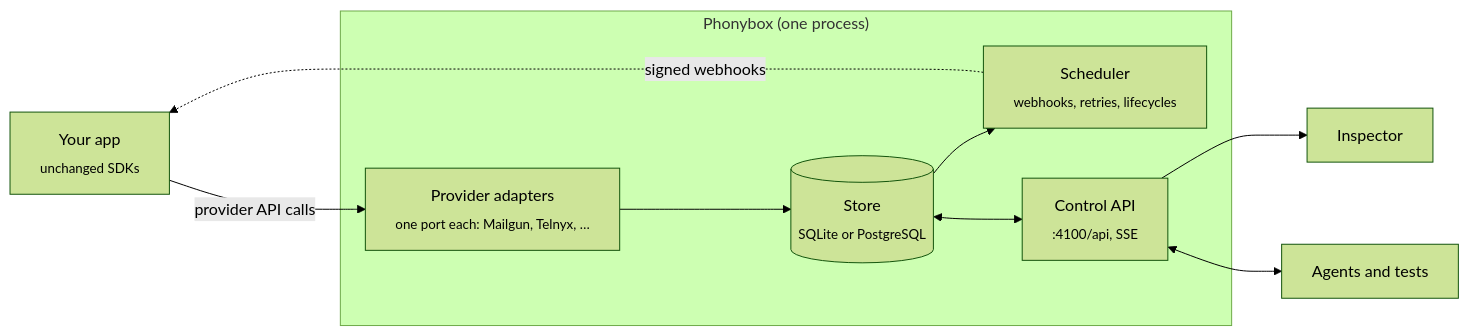
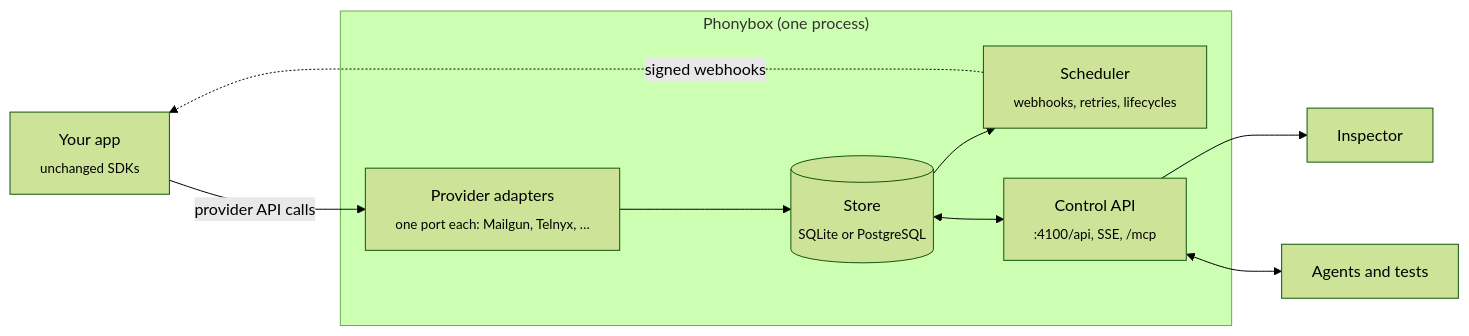
Before and after one commit to rohitlavu11/phonybox: the diagram in README.md, drawn with Mermaid (forest theme). The commit also changed other lines of this file and 27 other files, not shown here.

````diff
--- a/README.md
+++ b/README.md
@@ -204,20 +214,20 @@
 ```mermaid
 flowchart LR
   app["Your app<br/><sub>unchanged SDKs</sub>"]
   subgraph phonybox["Phonybox (one process)"]
     adapters["Provider adapters<br/><sub>one port each: Mailgun, Telnyx, …</sub>"]
     store[("Store<br/><sub>SQLite or PostgreSQL</sub>")]
     sched["Scheduler<br/><sub>webhooks, retries, lifecycles</sub>"]
-    api["Control API<br/><sub>:4100/api, SSE</sub>"]
+    api["Control API<br/><sub>:4100/api, SSE, /mcp</sub>"]
   end
   ui["Inspector"]
   agents["Agents and tests"]
 
   app -- provider API calls --> adapters
   adapters --> store
   store --> sched
   sched -. signed webhooks .-> app
   store <--> api
   api --> ui
   api <--> agents
 ```
````
